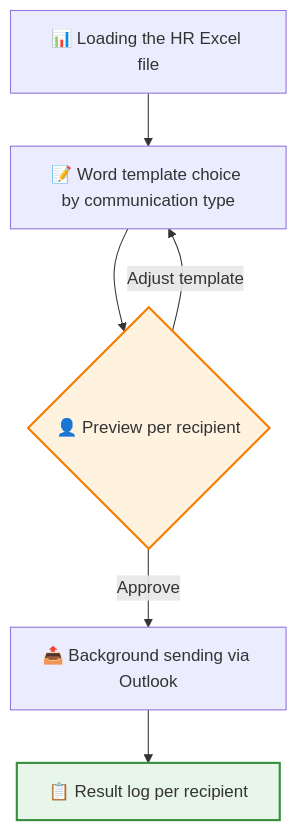
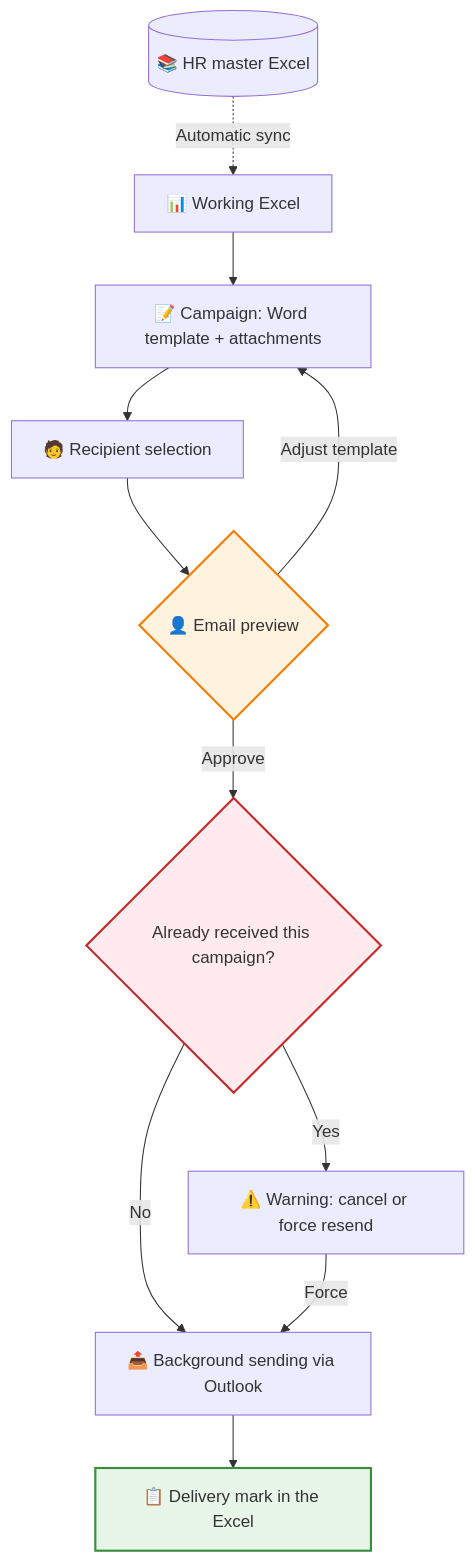
One commit to ivanher97/Email_Auto_CTIngenieros changed the first of 2 diagrams in README.md. Above: the diagram before and after it, drawn with Mermaid. The commit also changed other lines of this file, not shown here.

````diff
--- a/README.md
+++ b/README.md
@@ -26,11 +27,17 @@
 ```mermaid
 flowchart TD
-    A[📊 Loading the HR Excel file] --> B[📝 Word template choice by communication type]
-    B --> C{👤 Preview per recipient}
+    S[(📚 HR master Excel)] -.->|Automatic sync| A
+    A[📊 Working Excel] --> B[📝 Campaign: Word template + attachments]
+    B --> R[🧑 Recipient selection]
+    R --> C{👤 Email preview}
     C -->|Adjust template| B
-    C -->|Approve| D[📤 Background sending via Outlook]
-    D --> E[📋 Result log per recipient]
+    C -->|Approve| K{Already received this campaign?}
+    K -->|Yes| W[⚠️ Warning: cancel or force resend]
+    K -->|No| D[📤 Background sending via Outlook]
+    W -->|Force| D
+    D --> E[📋 Delivery mark in the Excel]
 
     style C fill:#fff3e0,stroke:#f57c00,stroke-width:2px
+    style K fill:#ffebee,stroke:#c62828,stroke-width:2px
     style E fill:#e8f5e9,stroke:#388e3c,stroke-width:2px
 ```
````
